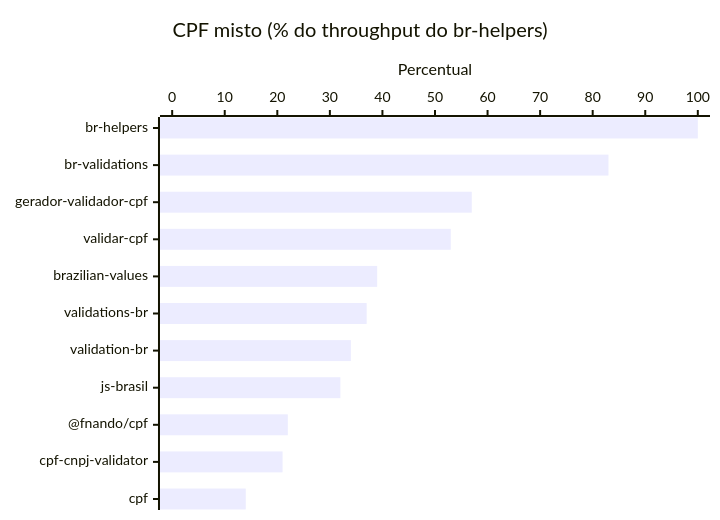
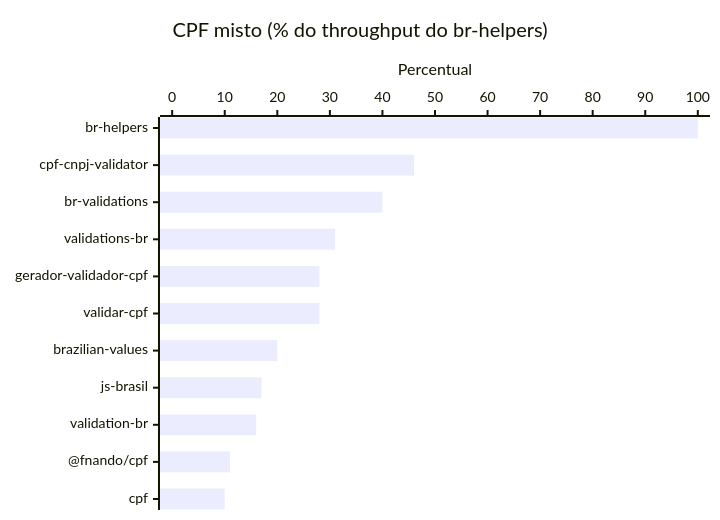
The first of 2 diagrams in README.md (alisterlf/br-helpers), drawn with Mermaid before and after one commit. The commit also changed other lines of this file, not shown here.

````diff
--- a/README.md
+++ b/README.md
@@ -34,7 +34,7 @@
 ```mermaid
 xychart-beta horizontal
     title "CPF misto (% do throughput do br-helpers)"
-    x-axis ["br-helpers", "br-validations", "gerador-validador-cpf", "validar-cpf", "brazilian-values", "validations-br", "validation-br", "js-brasil", "@fnando/cpf", "cpf-cnpj-validator", "cpf"]
+    x-axis ["br-helpers", "cpf-cnpj-validator", "br-validations", "validations-br", "gerador-validador-cpf", "validar-cpf", "brazilian-values", "js-brasil", "validation-br", "@fnando/cpf", "cpf"]
     y-axis "Percentual" 0 --> 100
-    bar [100, 83, 57, 53, 39, 37, 34, 32, 22, 21, 14]
+    bar [100, 46, 40, 31, 28, 28, 20, 17, 16, 11, 10]
 ```
````
